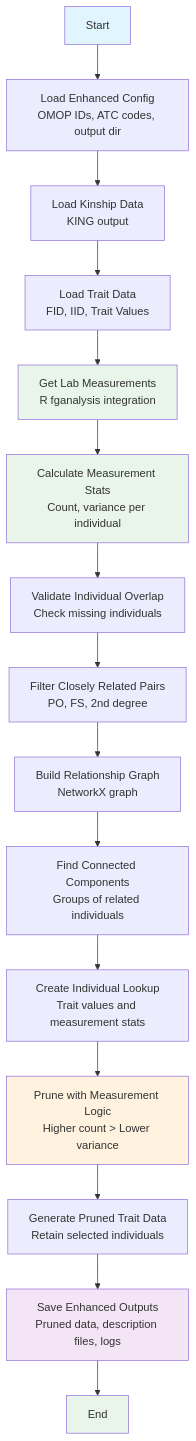
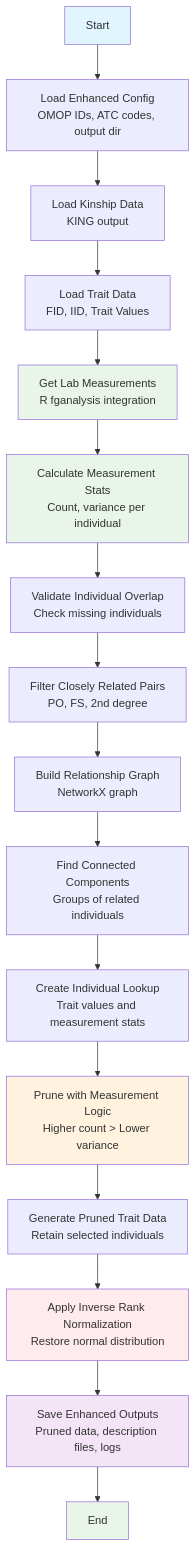
One commit to RezaJF/post_hoc_relatedness_pruning changed the diagram in README.md. Above: the diagram before and after it, drawn with Mermaid.

Commit message:
Updated the mermaid diagram to include the inverse rank normalization option.

````diff
--- a/README.md
+++ b/README.md
@@ -17,24 +17,26 @@
 ```mermaid
 graph TD
     A[Start] --> B[Load Enhanced Config<br/>OMOP IDs, ATC codes, output dir]
     B --> C[Load Kinship Data<br/>KING output]
     C --> D[Load Trait Data<br/>FID, IID, Trait Values]
     D --> E[Get Lab Measurements<br/>R fganalysis integration]
     E --> F[Calculate Measurement Stats<br/>Count, variance per individual]
     F --> G[Validate Individual Overlap<br/>Check missing individuals]
     G --> H[Filter Closely Related Pairs<br/>PO, FS, 2nd degree]
     H --> I[Build Relationship Graph<br/>NetworkX graph]
     I --> J[Find Connected Components<br/>Groups of related individuals]
     J --> K[Create Individual Lookup<br/>Trait values and measurement stats]
     K --> L[Prune with Measurement Logic<br/>Higher count > Lower variance]
     L --> M[Generate Pruned Trait Data<br/>Retain selected individuals]
-    M --> N[Save Enhanced Outputs<br/>Pruned data, description files, logs]
-    N --> O[End]
+    M --> N[Apply Inverse Rank Normalization<br/>Restore normal distribution]
+    N --> O[Save Enhanced Outputs<br/>Pruned data, description files, logs]
+    O --> P[End]
 
     style A fill:#e1f5fe
-    style O fill:#e8f5e8
+    style P fill:#e8f5e8
     style L fill:#fff3e0
-    style N fill:#f3e5f5
+    style N fill:#ffebee
+    style O fill:#f3e5f5
     style E fill:#e8f5e8
     style F fill:#e8f5e8
 ```
````
